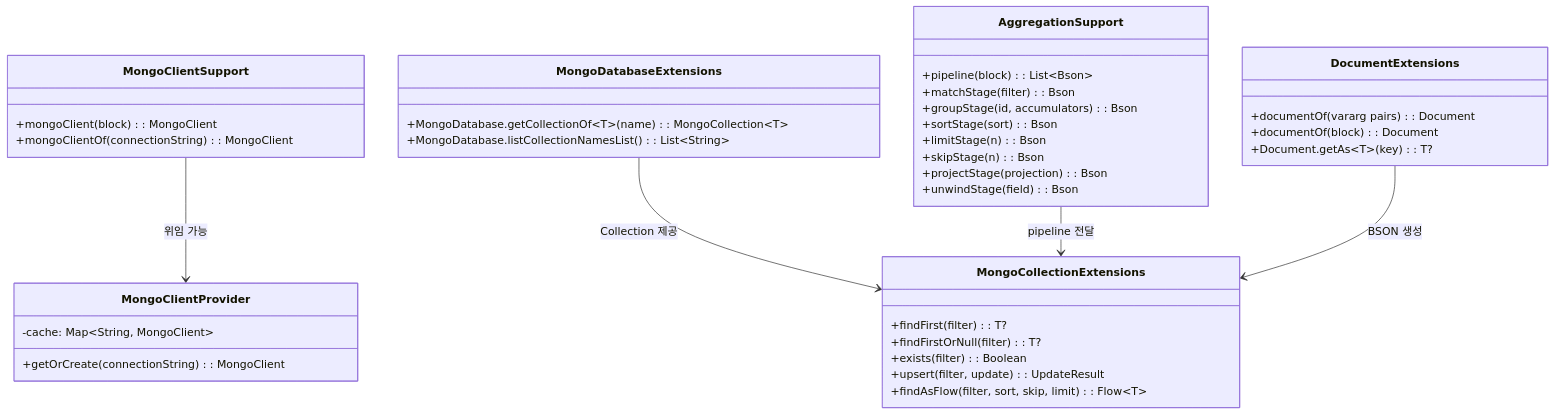
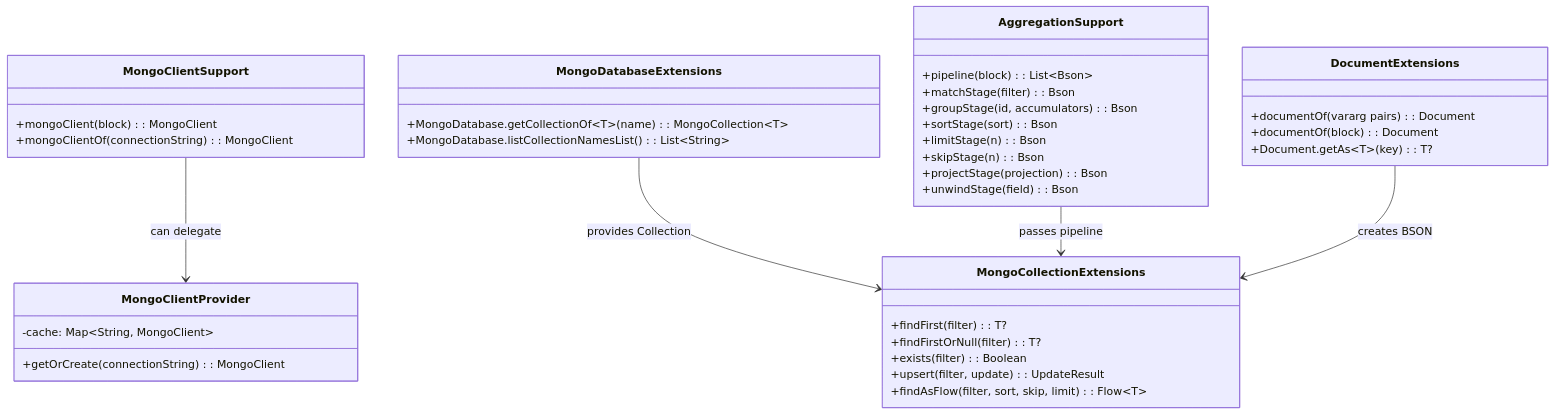
One commit to bluetape4k/bluetape4k-projects changed the second of 3 diagrams in data/mongodb/README.md. Above: the diagram before and after it, drawn with Mermaid. The commit also changed other lines of this file and 265 other files, not shown here.

````diff
--- a/data/mongodb/README.md
+++ b/data/mongodb/README.md
@@ -205,42 +203,42 @@
 ```mermaid
 classDiagram
     class MongoClientSupport {
         +mongoClient(block): MongoClient
         +mongoClientOf(connectionString): MongoClient
     }
     class MongoClientProvider {
         -cache: Map~String, MongoClient~
         +getOrCreate(connectionString): MongoClient
     }
     class MongoDatabaseExtensions {
         +MongoDatabase.getCollectionOf~T~(name): MongoCollection~T~
         +MongoDatabase.listCollectionNamesList(): List~String~
     }
     class MongoCollectionExtensions {
         +findFirst(filter): T?
         +findFirstOrNull(filter): T?
         +exists(filter): Boolean
         +upsert(filter, update): UpdateResult
         +findAsFlow(filter, sort, skip, limit): Flow~T~
     }
     class DocumentExtensions {
         +documentOf(vararg pairs): Document
         +documentOf(block): Document
         +Document.getAs~T~(key): T?
     }
     class AggregationSupport {
         +pipeline(block): List~Bson~
         +matchStage(filter): Bson
         +groupStage(id, accumulators): Bson
         +sortStage(sort): Bson
         +limitStage(n): Bson
         +skipStage(n): Bson
         +projectStage(projection): Bson
         +unwindStage(field): Bson
     }
 
-    MongoClientSupport --> MongoClientProvider : 위임 가능
-    MongoDatabaseExtensions --> MongoCollectionExtensions : Collection 제공
-    AggregationSupport --> MongoCollectionExtensions : pipeline 전달
-    DocumentExtensions --> MongoCollectionExtensions : BSON 생성
+    MongoClientSupport --> MongoClientProvider : can delegate
+    MongoDatabaseExtensions --> MongoCollectionExtensions : provides Collection
+    AggregationSupport --> MongoCollectionExtensions : passes pipeline
+    DocumentExtensions --> MongoCollectionExtensions : creates BSON
 ```
````
